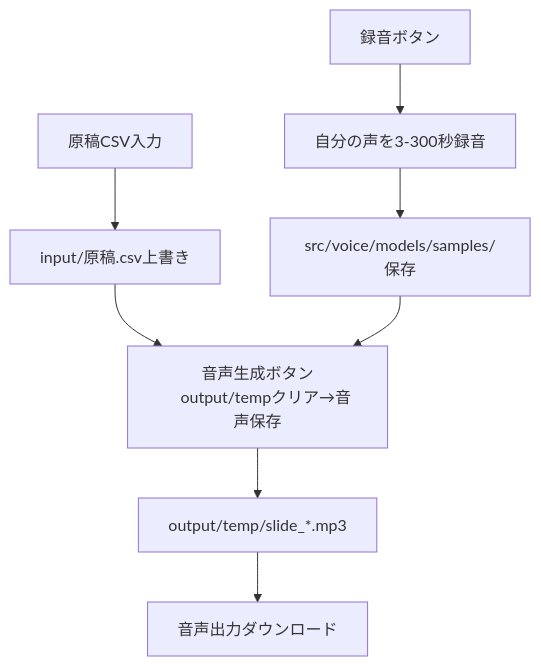
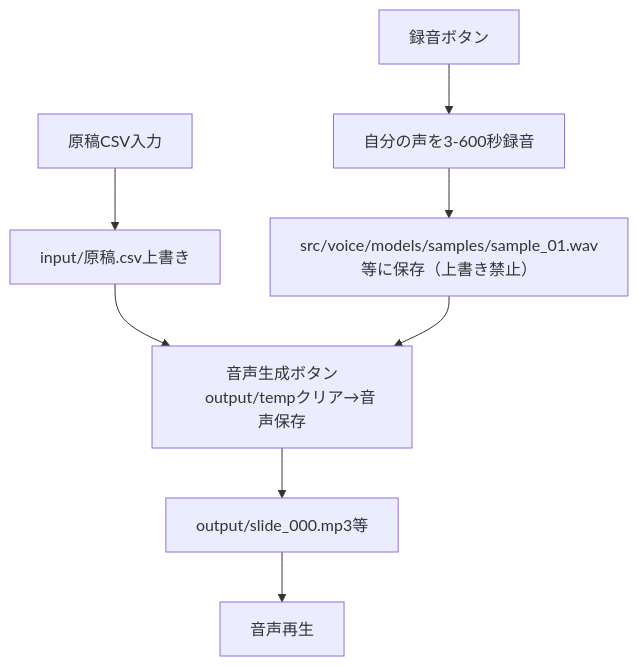
One commit to J1921604/MyVoice-Maker changed the first of 3 diagrams in specs/001-MyVoice-Maker/spec.md. Above: the diagram before and after it, drawn with Mermaid. The commit also changed other lines of this file and 35 other files, not shown here.

````diff
--- a/specs/001-MyVoice-Maker/spec.md
+++ b/specs/001-MyVoice-Maker/spec.md
@@ -31,11 +31,11 @@
 ```mermaid
 flowchart TD
-    A[録音ボタン] --> B[自分の声を3-300秒録音]
-    B --> C[src/voice/models/samples/保存]
+    A[録音ボタン] --> B[自分の声を3-600秒録音]
+    B --> C[src/voice/models/samples/sample_01.wav等に保存（上書き禁止）]
     D[原稿CSV入力] --> E[input/原稿.csv上書き]
     E --> F[音声生成ボタン
     output/tempクリア→音声保存]
     C --> F
-    F --> G[output/temp/slide_*.mp3]
-    G --> H[音声出力ダウンロード]
+    F --> G[output/slide_000.mp3等]
+    G --> H[音声再生]
 ```
````
